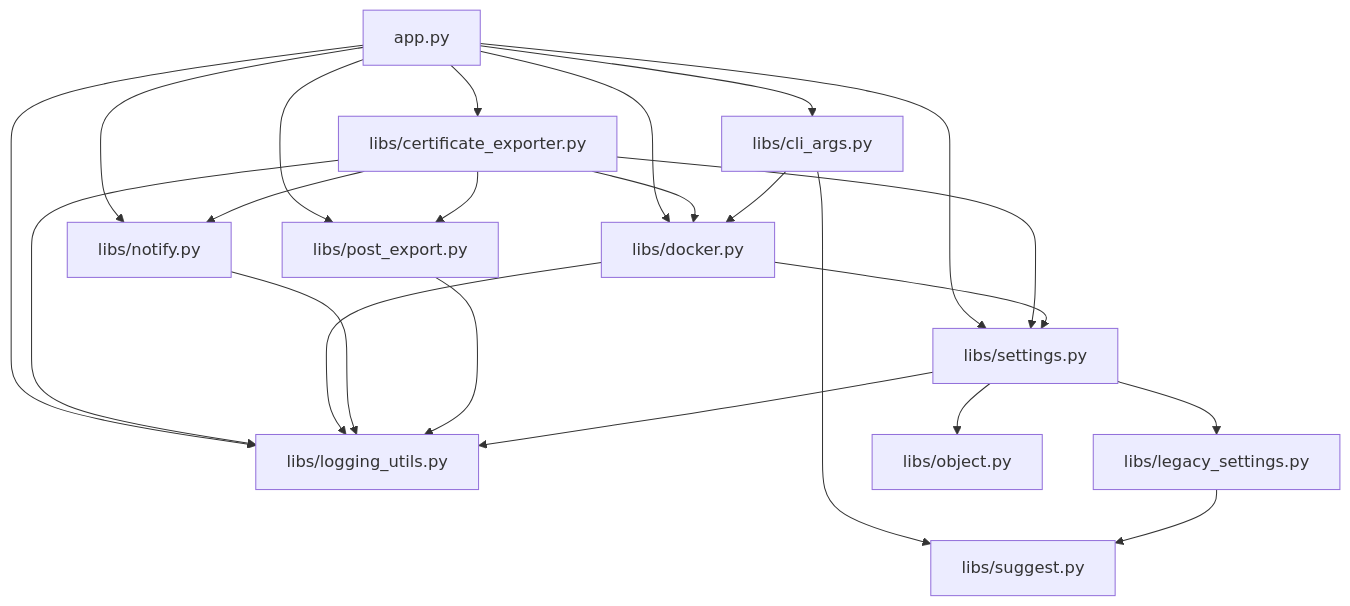
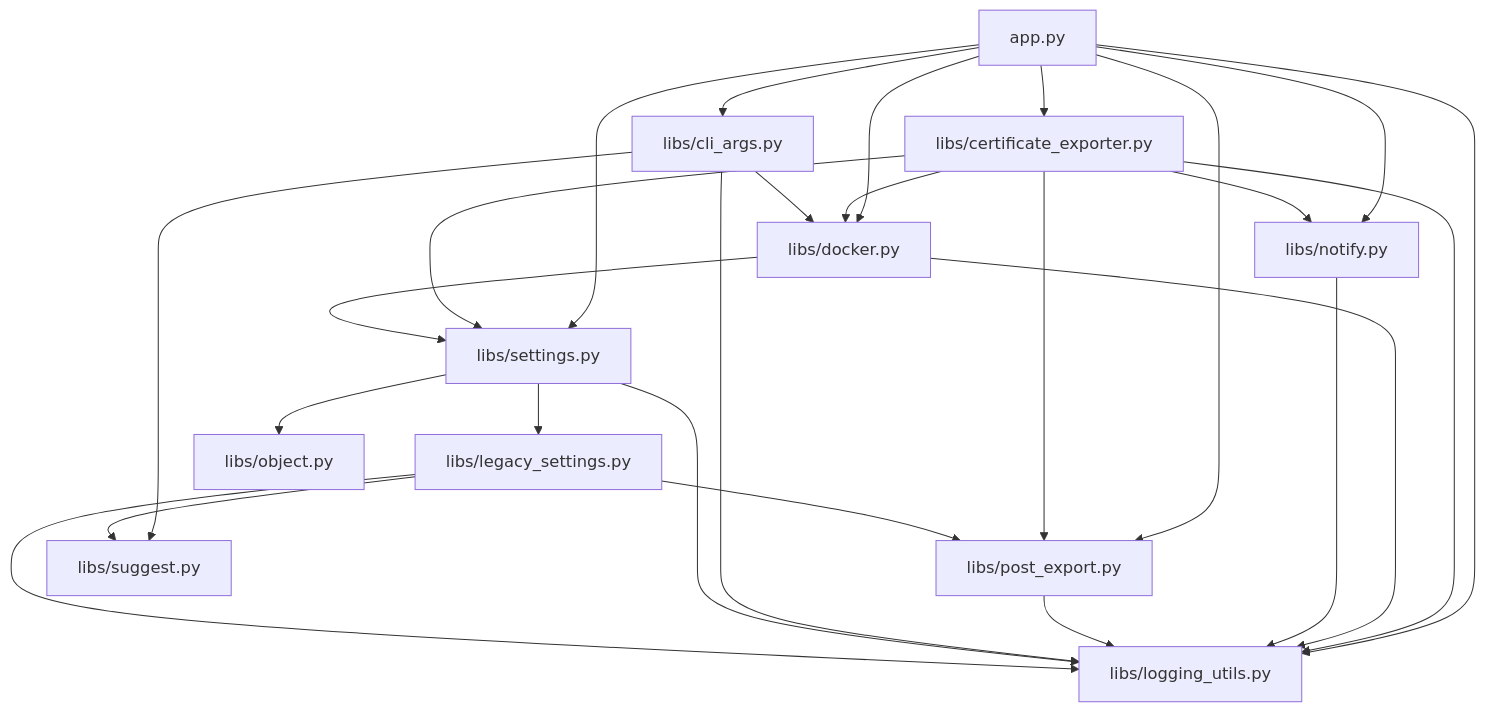
Before and after one commit to ravensorb/traefik-certificate-exporter: the first of 2 diagrams in _bmad-output/planning-artifacts/architecture/architecture-traefik-certificate-exporter-2026-08-30/ARCHITECTURE-SPINE.md, drawn with Mermaid. The commit also changed other lines of this file and 98 other files, not shown here.

````diff
--- a/_bmad-output/planning-artifacts/architecture/architecture-traefik-certificate-exporter-2026-08-30/ARCHITECTURE-SPINE.md
+++ b/_bmad-output/planning-artifacts/architecture/architecture-traefik-certificate-exporter-2026-08-30/ARCHITECTURE-SPINE.md
@@ -53,25 +56,28 @@
 ```mermaid
 graph TD
   app[app.py] --> exporter[libs/certificate_exporter.py]
   app --> docker[libs/docker.py]
   app --> notify[libs/notify.py]
   app --> hook[libs/post_export.py]
   app --> settings[libs/settings.py]
   app --> cli[libs/cli_args.py]
   app --> log[libs/logging_utils.py]
   exporter --> docker
   exporter --> notify
   exporter --> hook
   exporter --> settings
   exporter --> log
   docker --> settings
   docker --> log
   notify --> log
   hook --> log
   cli --> docker
   cli --> suggest[libs/suggest.py]
+  cli --> log
   settings --> legacy[libs/legacy_settings.py]
   settings --> obj[libs/object.py]
   settings --> log
   legacy --> suggest
+  legacy --> hook
+  legacy --> log
 ```
````
